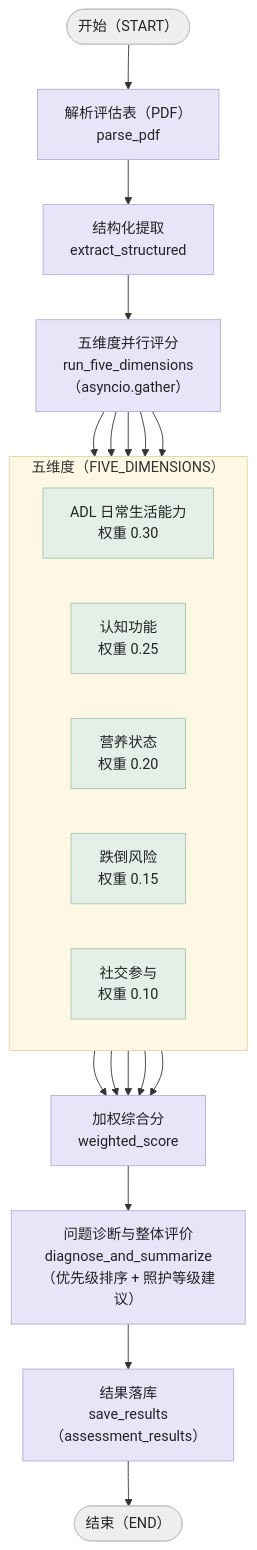
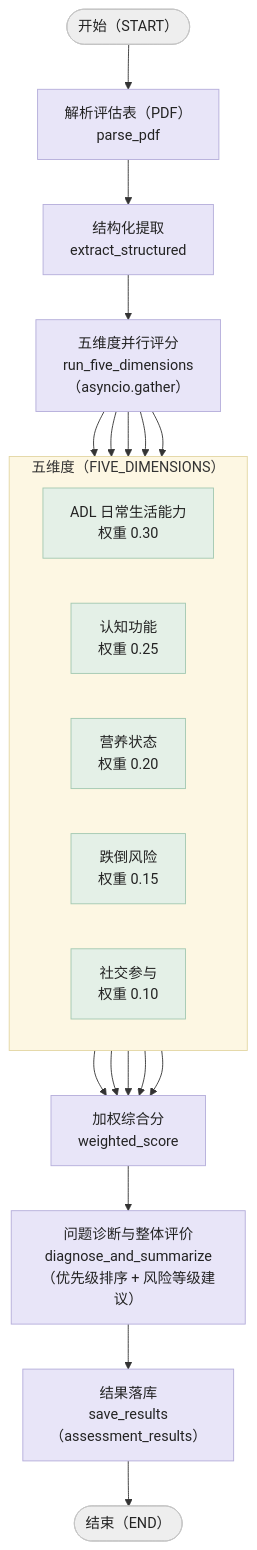
One commit to sysyan321-alt/fieldops-agent changed the third of 13 diagrams in 文档/架构流程图.md. Above: the diagram before and after it, drawn with Mermaid. The commit also changed other lines of this file and 109 other files, not shown here.

````diff
--- a/文档/架构流程图.md
+++ b/文档/架构流程图.md
@@ -168,38 +168,38 @@
 ```mermaid
 flowchart TD
     S(["开始（START）"]) --> P1["解析评估表（PDF）<br/>parse_pdf"]
     P1 --> P2["结构化提取<br/>extract_structured"]
     P2 --> P3["五维度并行评分<br/>run_five_dimensions<br/>（asyncio.gather）"]
 
     subgraph DIM["五维度（FIVE_DIMENSIONS）"]
         direction LR
         D1["ADL 日常生活能力<br/>权重 0.30"]
         D2["认知功能<br/>权重 0.25"]
         D3["营养状态<br/>权重 0.20"]
         D4["跌倒风险<br/>权重 0.15"]
         D5["社交参与<br/>权重 0.10"]
     end
 
     P3 --> D1
     P3 --> D2
     P3 --> D3
     P3 --> D4
     P3 --> D5
     D1 --> W["加权综合分<br/>weighted_score"]
     D2 --> W
     D3 --> W
     D4 --> W
     D5 --> W
 
-    W --> P4["问题诊断与整体评价<br/>diagnose_and_summarize<br/>（优先级排序 + 照护等级建议）"]
+    W --> P4["问题诊断与整体评价<br/>diagnose_and_summarize<br/>（优先级排序 + 风险等级建议）"]
     P4 --> P6["结果落库<br/>save_results<br/>（assessment_results）"]
     P6 --> E(["结束（END）"])
 
     style DIM fill:#fdf7e3,stroke:#e3d6a3,stroke-width:1px
     classDef proc fill:#e8e5f8,stroke:#b4adda,color:#232323
     classDef dim fill:#e4f0e7,stroke:#a2c8b1,color:#232323
     classDef term fill:#eeeeee,stroke:#c4c4c4,color:#232323
     class P1,P2,P3,W,P4,P6 proc
     class D1,D2,D3,D4,D5 dim
     class S,E term
 ```
````
